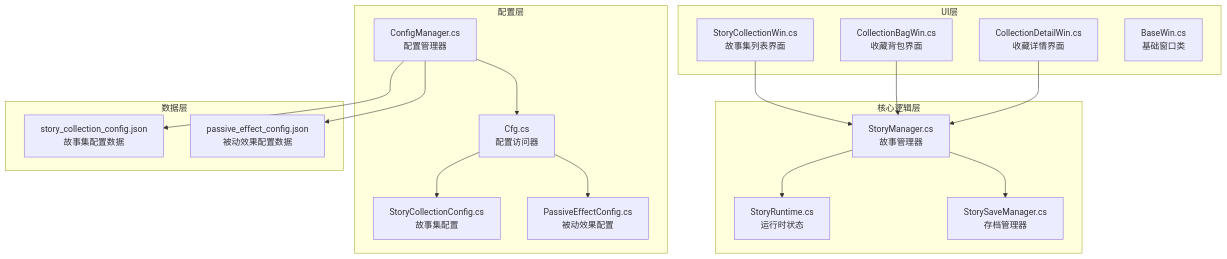
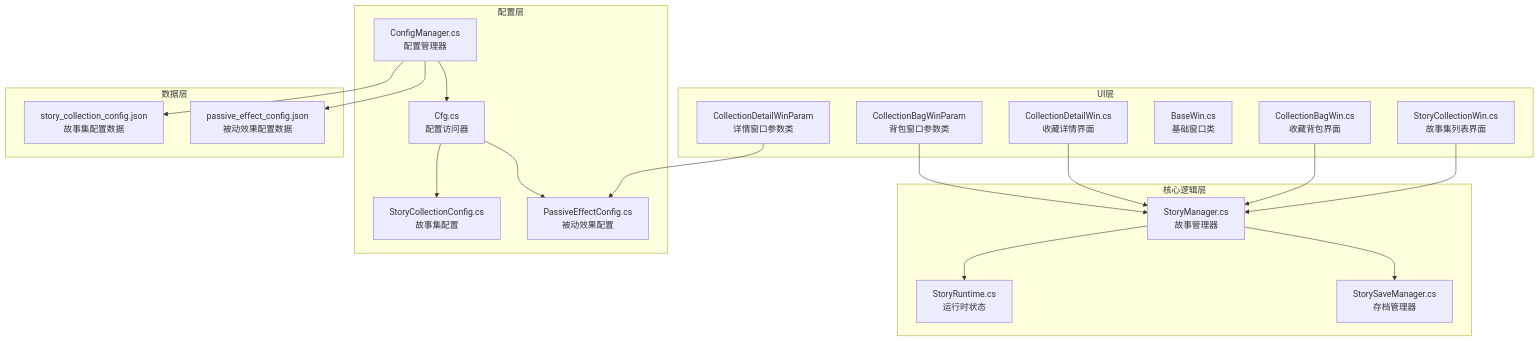
One commit to Tuusen/p1_client changed the first of 8 diagrams in .qoder/repowiki/zh/content/用户界面系统/收藏系统.md. Above: the diagram before and after it, drawn with Mermaid. The commit also changed other lines of this file and 6 other files, not shown here.

````diff
--- a/.qoder/repowiki/zh/content/用户界面系统/收藏系统.md
+++ b/.qoder/repowiki/zh/content/用户界面系统/收藏系统.md
@@ -41,34 +51,38 @@
 ```mermaid
 graph TB
 subgraph "UI层"
 A[StoryCollectionWin.cs<br/>故事集列表界面]
 B[CollectionBagWin.cs<br/>收藏背包界面]
 C[CollectionDetailWin.cs<br/>收藏详情界面]
 D[BaseWin.cs<br/>基础窗口类]
+E[CollectionDetailWinParam<br/>详情窗口参数类]
+F[CollectionBagWinParam<br/>背包窗口参数类]
 end
 subgraph "核心逻辑层"
-E[StoryManager.cs<br/>故事管理器]
-F[StoryRuntime.cs<br/>运行时状态]
-G[StorySaveManager.cs<br/>存档管理器]
+G[StoryManager.cs<br/>故事管理器]
+H[StoryRuntime.cs<br/>运行时状态]
+I[StorySaveManager.cs<br/>存档管理器]
 end
 subgraph "配置层"
-H[ConfigManager.cs<br/>配置管理器]
-I[Cfg.cs<br/>配置访问器]
-J[StoryCollectionConfig.cs<br/>故事集配置]
-K[PassiveEffectConfig.cs<br/>被动效果配置]
+J[ConfigManager.cs<br/>配置管理器]
+K[Cfg.cs<br/>配置访问器]
+L[StoryCollectionConfig.cs<br/>故事集配置]
+M[PassiveEffectConfig.cs<br/>被动效果配置]
 end
 subgraph "数据层"
-L[story_collection_config.json<br/>故事集配置数据]
-M[passive_effect_config.json<br/>被动效果配置数据]
+N[story_collection_config.json<br/>故事集配置数据]
+O[passive_effect_config.json<br/>被动效果配置数据]
 end
-A --> E
-B --> E
-C --> E
-E --> F
-E --> G
-H --> I
-I --> J
-I --> K
-H --> L
-H --> M
+A --> G
+B --> G
+C --> G
+E --> M
+F --> G
+G --> H
+G --> I
+J --> K
+K --> L
+K --> M
+J --> N
+J --> O
 ```
````
